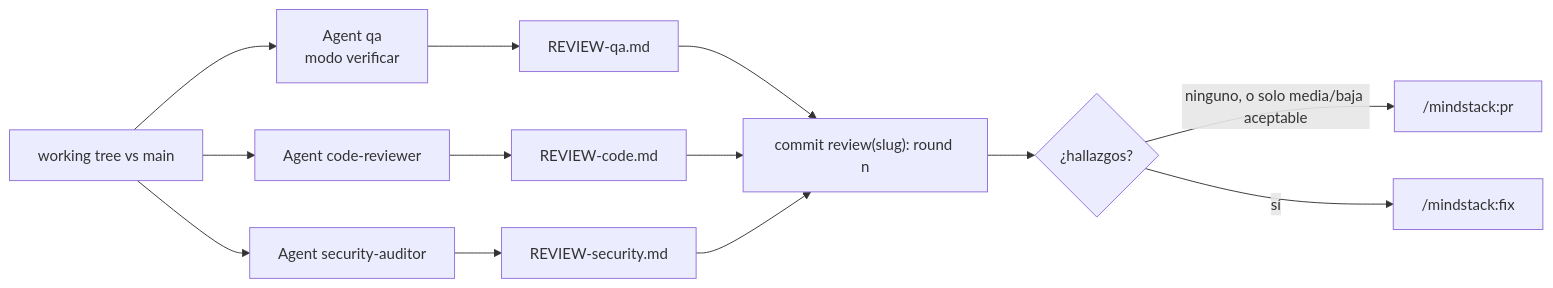
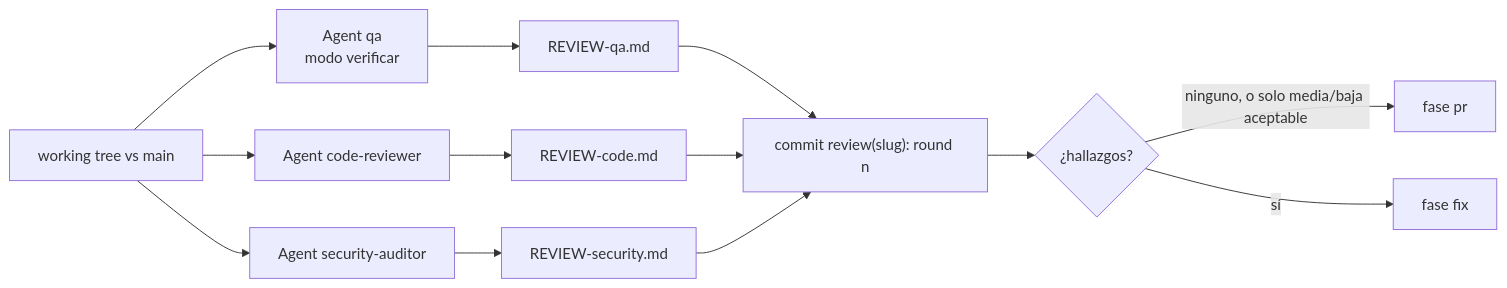
Before and after one commit to octavio-parozlabs/mindstack: the diagram in skills/workflow/references/review.md, drawn with Mermaid. The commit also changed other lines of this file and 58 other files, not shown here.

````diff
--- a/skills/workflow/references/review.md
+++ b/skills/workflow/references/review.md
@@ -5,13 +5,13 @@
 ```mermaid
 flowchart LR
     C[working tree vs main] --> Q[Agent qa\nmodo verificar]
     C --> R[Agent code-reviewer]
     C --> S[Agent security-auditor]
     Q --> FQ[REVIEW-qa.md]
     R --> FR[REVIEW-code.md]
     S --> FS[REVIEW-security.md]
     FQ & FR & FS --> K["commit review(slug): round n"]
     K --> T{¿hallazgos?}
-    T -- ninguno, o solo media/baja aceptable --> PR["/mindstack:pr"]
-    T -- sí --> CO["/mindstack:fix"]
+    T -- ninguno, o solo media/baja aceptable --> PR["fase pr"]
+    T -- sí --> CO["fase fix"]
 ```
````
